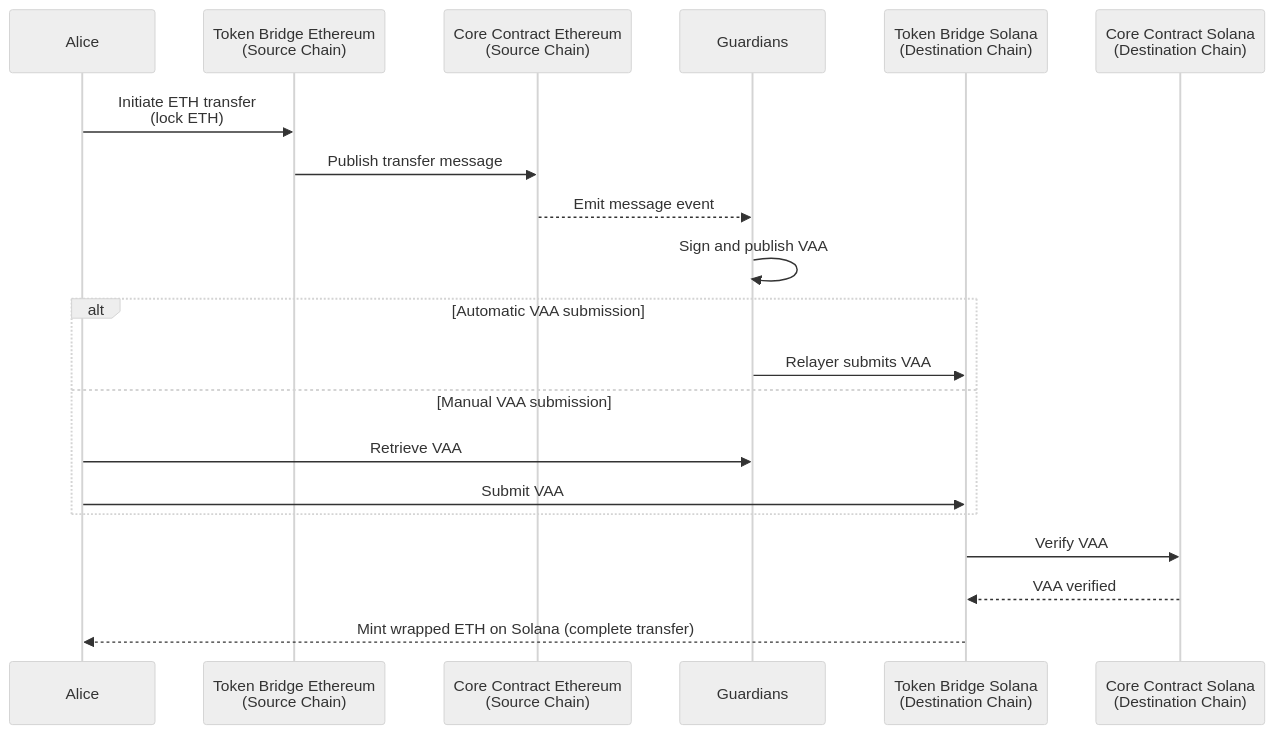
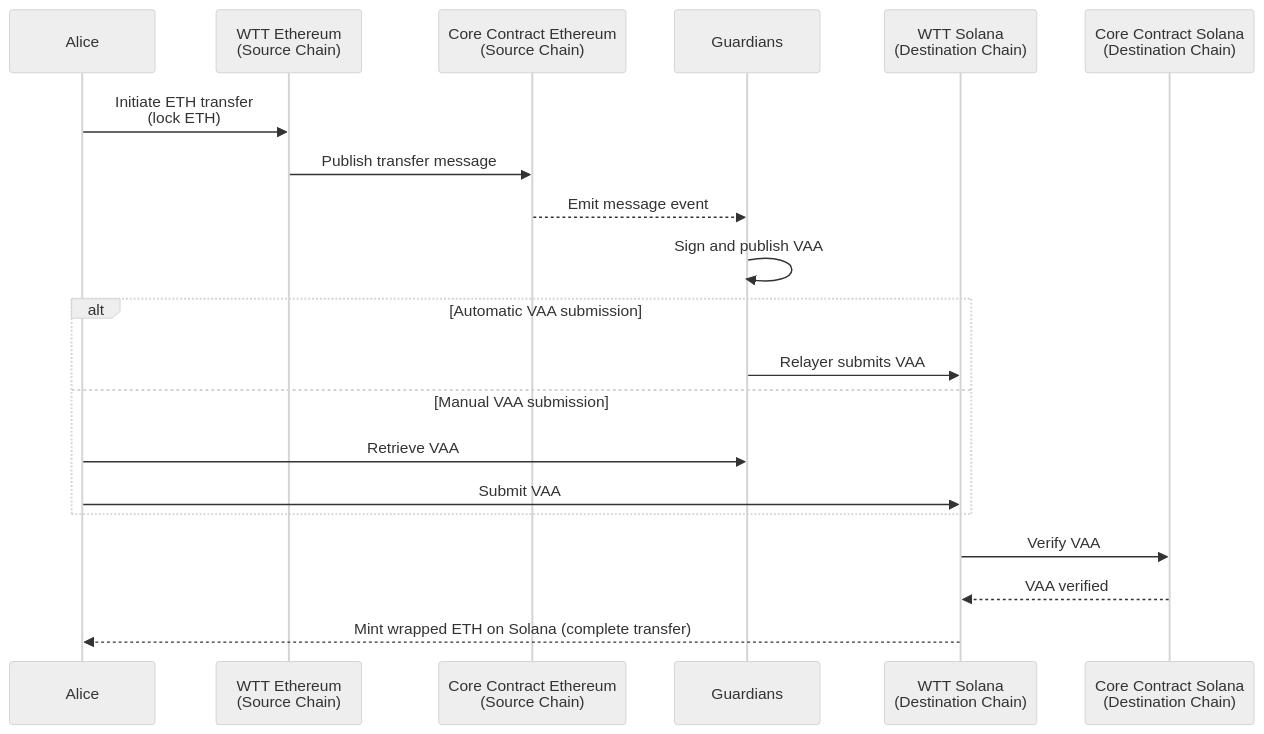
Before and after one commit to wormhole-foundation/wormhole-docs: the first of 4 diagrams in products/token-bridge/concepts/transfer-flow.md, drawn with Mermaid (neutral theme). The commit also changed other lines of this file, not shown here.

Commit message:
update transfer flow to wtt

````diff
--- a/products/token-bridge/concepts/transfer-flow.md
+++ b/products/token-bridge/concepts/transfer-flow.md
@@ -50,25 +53,25 @@
 ```mermaid
 sequenceDiagram
     participant Alice as Alice
-    participant TokenBridgeEth as Token Bridge Ethereum<br>(Source Chain)
+    participant TokenBridgeEth as WTT Ethereum<br>(Source Chain)
     participant CoreEth as Core Contract Ethereum<br>(Source Chain)
     participant Guardians
-    participant TokenBridgeSol as Token Bridge Solana<br>(Destination Chain)
+    participant TokenBridgeSol as WTT Solana<br>(Destination Chain)
     participant CoreSol as Core Contract Solana<br>(Destination Chain)
 
     Alice->>TokenBridgeEth: Initiate ETH transfer<br>(lock ETH)
     TokenBridgeEth->>CoreEth: Publish transfer message
     CoreEth-->>Guardians: Emit message event
     Guardians->>Guardians: Sign and publish VAA
 
     alt Automatic VAA submission
         Guardians->>TokenBridgeSol: Relayer submits VAA
     else Manual VAA submission
         Alice->>Guardians: Retrieve VAA
         Alice->>TokenBridgeSol: Submit VAA
     end
 
     TokenBridgeSol->>CoreSol: Verify VAA
     CoreSol-->>TokenBridgeSol: VAA verified
     TokenBridgeSol-->>Alice: Mint wrapped ETH on Solana (complete transfer)
 ```
````
